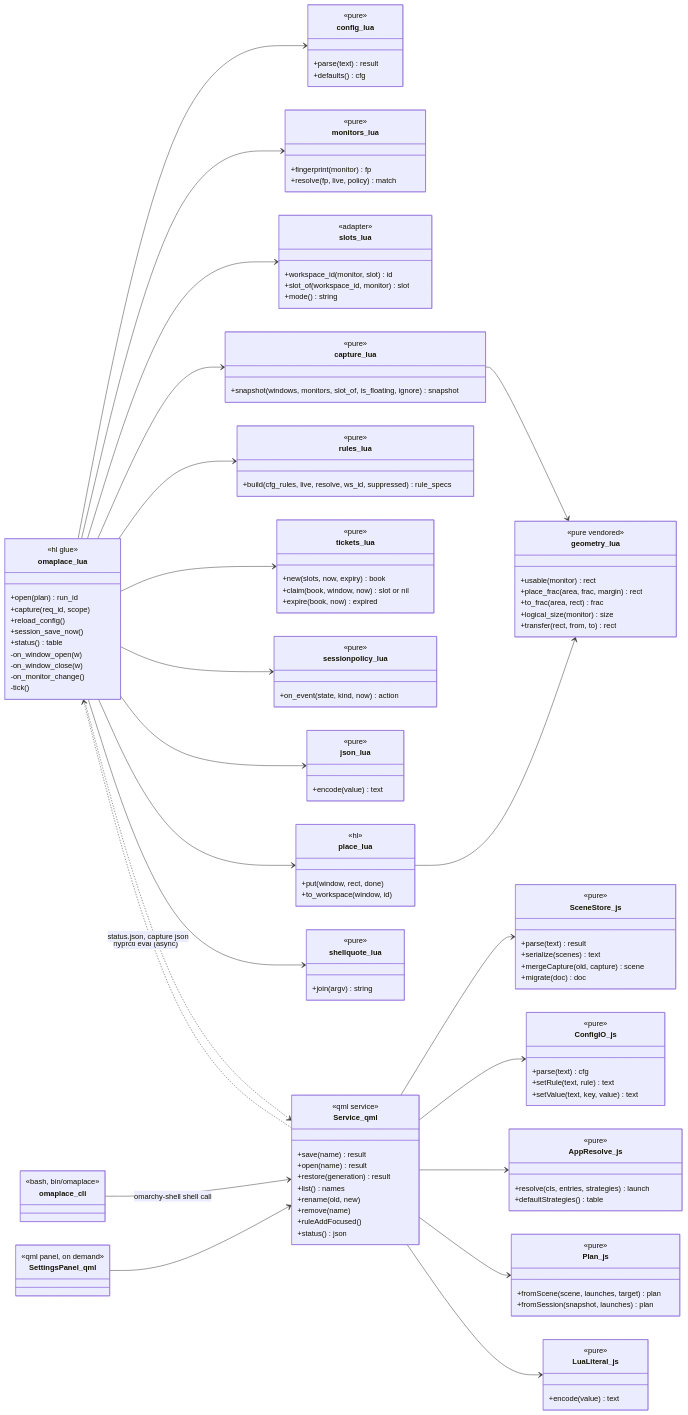
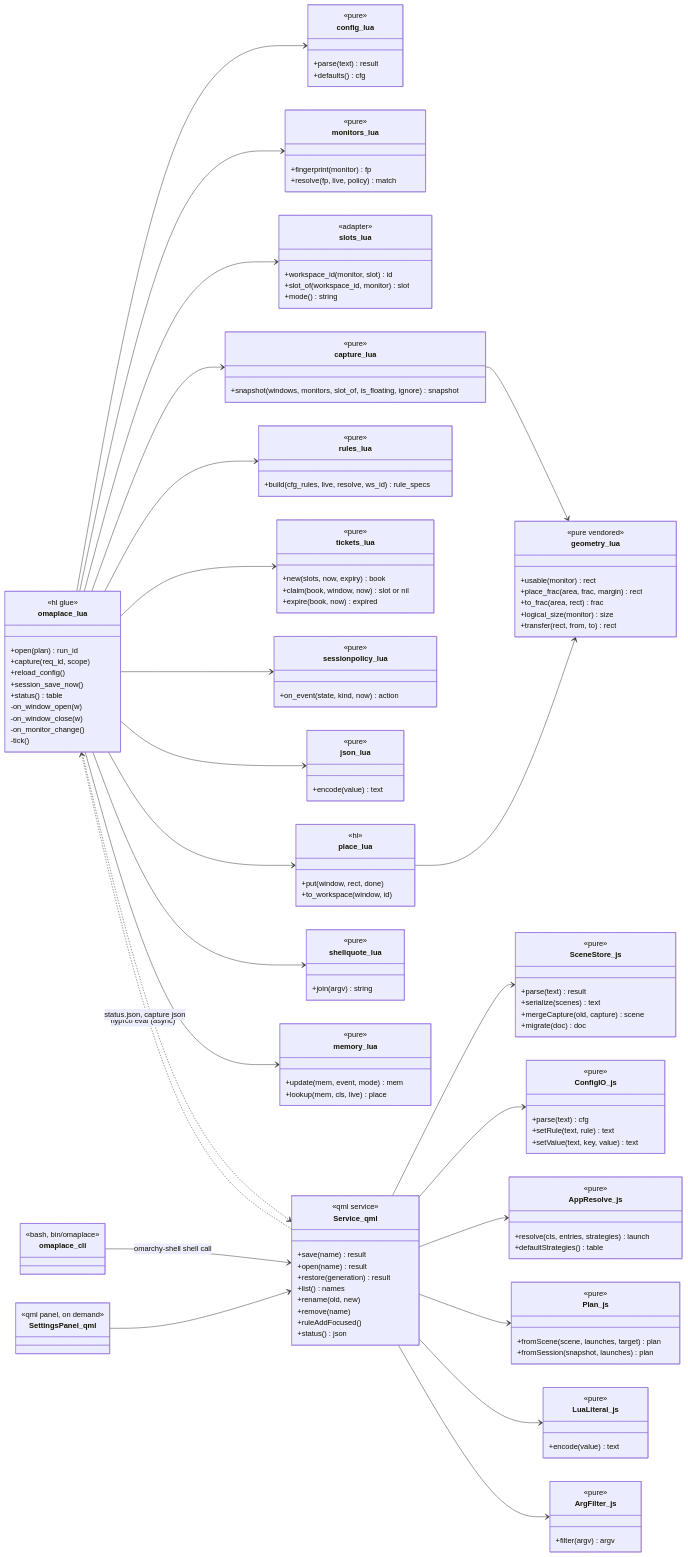
The first of 5 diagrams in docs/design.md (felipecpaiva/omaplace), drawn with Mermaid before and after one commit. The commit also changed other lines of this file and 1 other file, not shown here.

Commit message:
Design: Felipe's answers D9-D17, rules win in scenes, captured terminal folders with secret filter, app memory (F5)

````diff
--- a/docs/design.md
+++ b/docs/design.md
@@ -146,7 +149,7 @@
   }
   class rules_lua {
     <<pure>>
-    +build(cfg_rules, live, resolve, ws_id, suppressed) rule_specs
+    +build(cfg_rules, live, resolve, ws_id) rule_specs
   }
   class tickets_lua {
     <<pure>>
@@ -157,6 +160,15 @@
   class sessionpolicy_lua {
     <<pure>>
     +on_event(state, kind, now) action
+  }
+  class memory_lua {
+    <<pure>>
+    +update(mem, event, mode) mem
+    +lookup(mem, cls, live) place
+  }
+  class ArgFilter_js {
+    <<pure>>
+    +filter(argv) argv
   }
   class json_lua {
     <<pure>>
@@ -223,6 +235,7 @@
   omaplace_lua --> json_lua
   omaplace_lua --> place_lua
   omaplace_lua --> shellquote_lua
+  omaplace_lua --> memory_lua
   place_lua --> geometry_lua
   capture_lua --> geometry_lua
   omaplace_cli --> Service_qml : omarchy-shell shell call
@@ -232,6 +245,7 @@
   Service_qml --> AppResolve_js
   Service_qml --> Plan_js
   Service_qml --> LuaLiteral_js
+  Service_qml --> ArgFilter_js
   Service_qml ..> omaplace_lua : hyprctl eval (async)
   omaplace_lua ..> Service_qml : status.json, capture json
 ```
````
